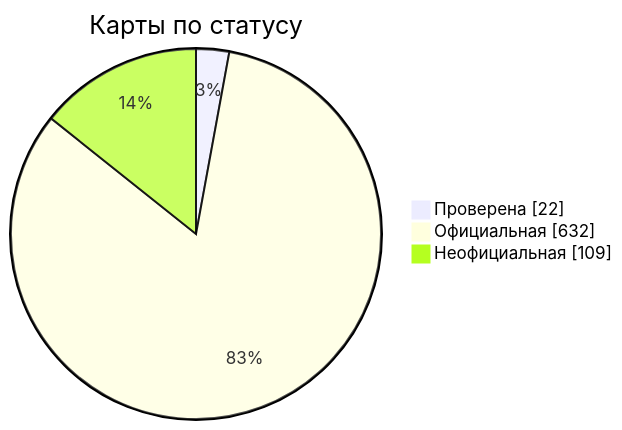
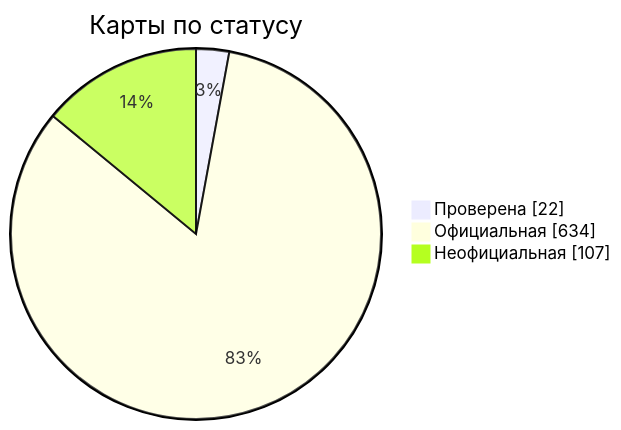
The diagram in docs/readme/README_RU.md (nobrega8/mbmap-library), drawn with Mermaid before and after one commit. The commit also changed 7 other files, not shown here.

````diff
--- a/docs/readme/README_RU.md
+++ b/docs/readme/README_RU.md
@@ -54,7 +54,7 @@
 ```mermaid
 pie showData
     title Карты по статусу
     "Проверена" : 22
-    "Официальная" : 632
-    "Неофициальная" : 109
+    "Официальная" : 634
+    "Неофициальная" : 107
 ```
````
